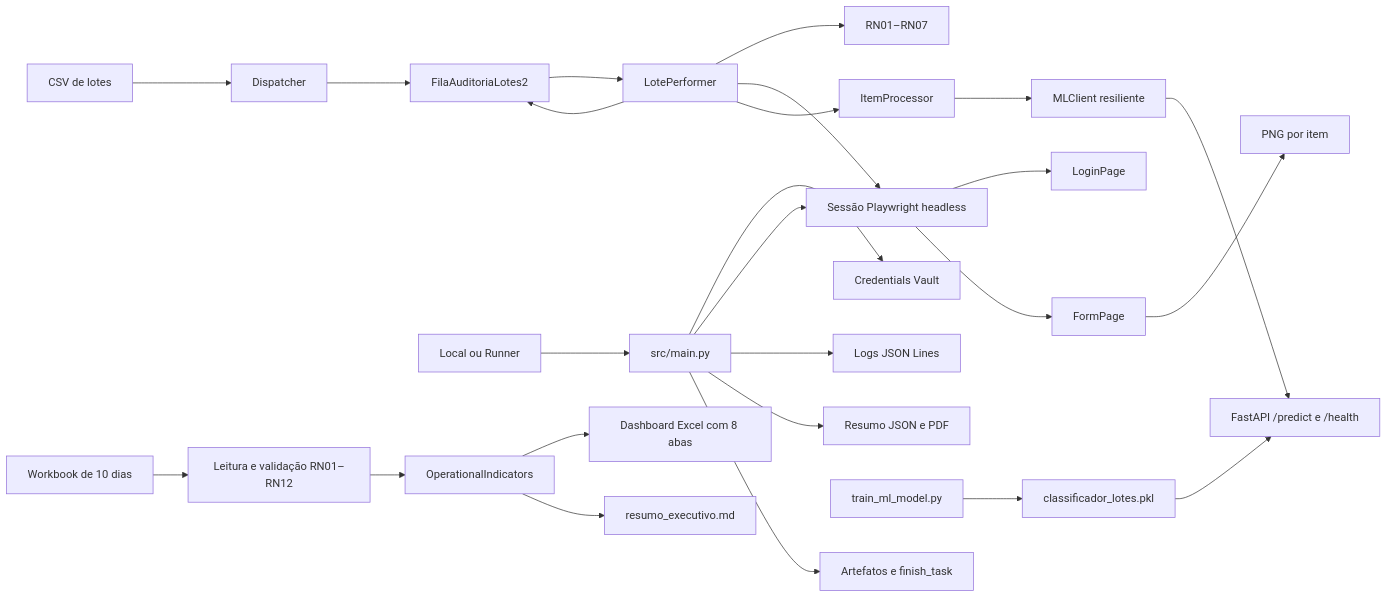
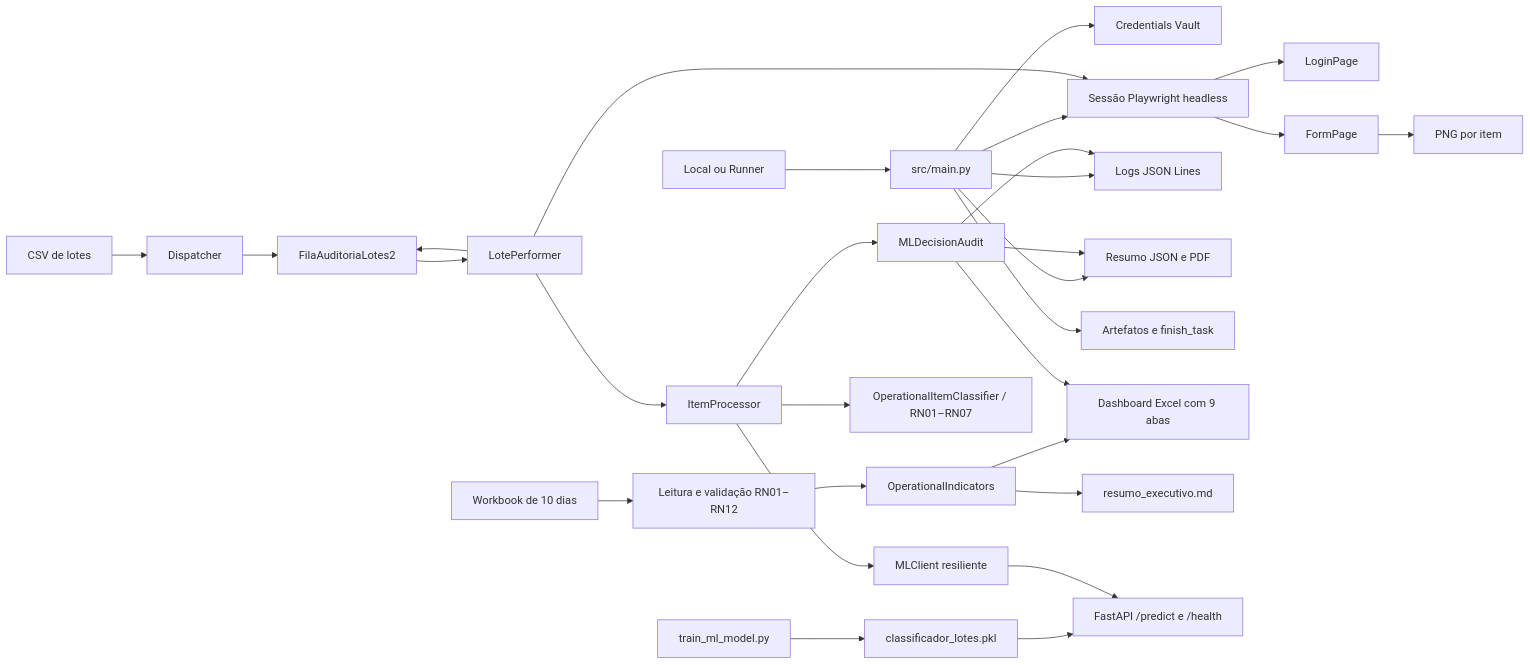
Before and after one commit to g-f307/conferencia-de-lotes: the diagram in README.md, drawn with Mermaid. The commit also changed other lines of this file and 24 other files, not shown here.

````diff
--- a/README.md
+++ b/README.md
@@ -88,27 +88,31 @@
 ```mermaid
 flowchart LR
     CSV[CSV de lotes] --> DISPATCHER[Dispatcher]
     DISPATCHER --> DP[FilaAuditoriaLotes2]
     RUNNER[Local ou Runner] --> MAIN[src/main.py]
     MAIN --> VAULT[Credentials Vault]
     MAIN --> SESSION[Sessão Playwright headless]
     SESSION --> LOGIN[LoginPage]
     DP --> PERFORMER[LotePerformer]
-    PERFORMER --> RULES[RN01–RN07]
     PERFORMER --> SESSION
     SESSION --> FORM[FormPage]
     FORM --> PNG[PNG por item]
     PERFORMER --> DP
     MAIN --> LOG[Logs JSON Lines]
     MAIN --> REPORT[Resumo JSON e PDF]
     MAIN --> MAESTRO[Artefatos e finish_task]
     XLSX[Workbook de 10 dias] --> READER[Leitura e validação RN01–RN12]
     READER --> INDICATORS[OperationalIndicators]
-    INDICATORS --> EXCEL[Dashboard Excel com 8 abas]
+    INDICATORS --> EXCEL[Dashboard Excel com 9 abas]
     INDICATORS --> MARKDOWN[resumo_executivo.md]
     TRAIN[train_ml_model.py] --> MODEL[classificador_lotes.pkl]
     MODEL --> MLAPI[FastAPI /predict e /health]
     PERFORMER --> PROCESSOR[ItemProcessor]
+    PROCESSOR --> RULES[OperationalItemClassifier / RN01–RN07]
     PROCESSOR --> MLCLIENT[MLClient resiliente]
     MLCLIENT --> MLAPI
+    PROCESSOR --> MLAUDIT[MLDecisionAudit]
+    MLAUDIT --> LOG
+    MLAUDIT --> REPORT
+    MLAUDIT --> EXCEL
 ```
````
